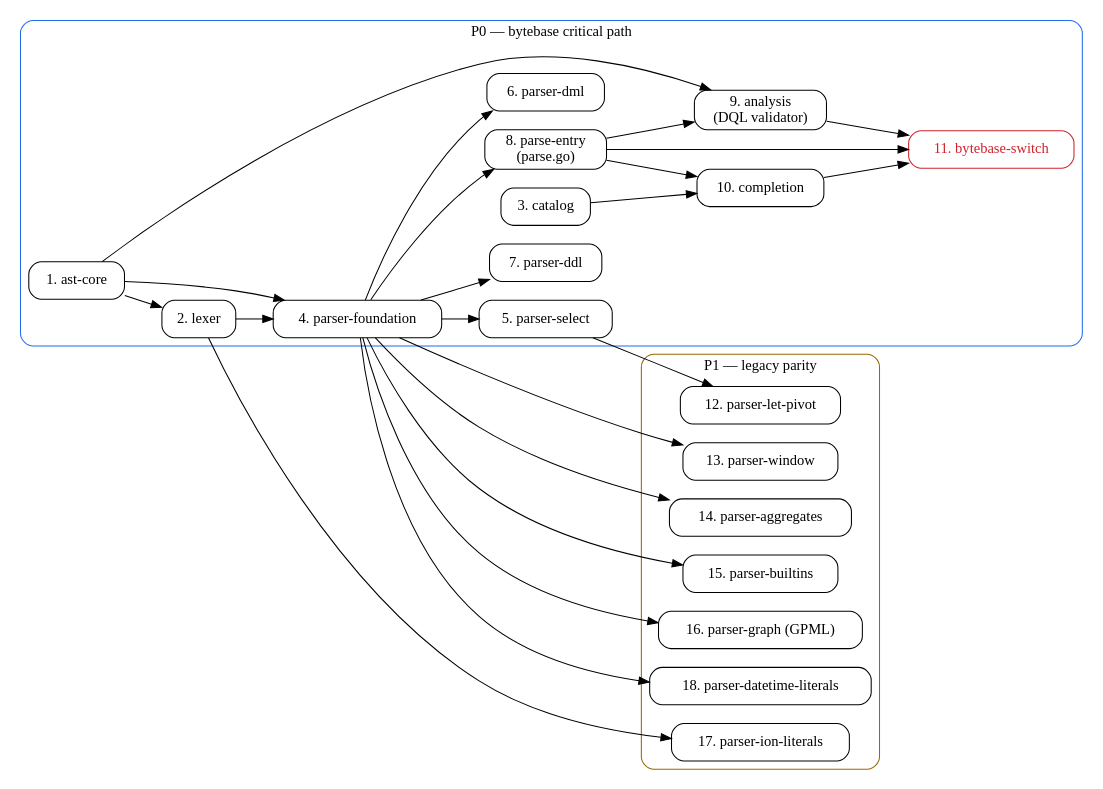
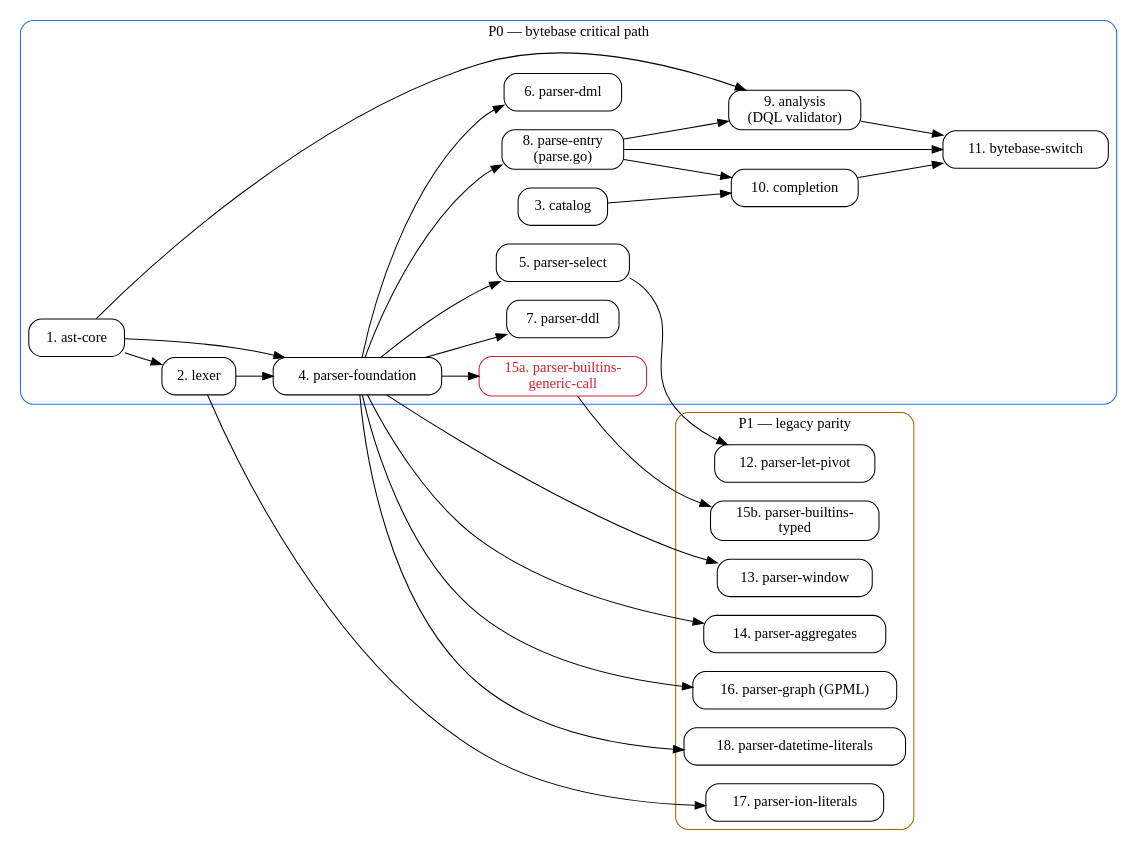
Before and after one commit to bytebase/omni: the diagram in docs/migration/partiql/dag.md, drawn with Graphviz. The commit also changed other lines of this file, not shown here.

````diff
--- a/docs/migration/partiql/dag.md
+++ b/docs/migration/partiql/dag.md
@@ -53,61 +65,64 @@
 ```dot
 digraph partiql_dag {
   rankdir=LR;
   node [shape=box, style=rounded];
 
   // P0
   subgraph cluster_p0 {
     label="P0 — bytebase critical path";
     color="#1f6feb";
     style=rounded;
     ast_core   [label="1. ast-core"];
     lexer      [label="2. lexer"];
     catalog    [label="3. catalog"];
     p_found    [label="4. parser-foundation"];
     p_select   [label="5. parser-select"];
     p_dml      [label="6. parser-dml"];
     p_ddl      [label="7. parser-ddl"];
     parse_entry[label="8. parse-entry\n(parse.go)"];
     analysis   [label="9. analysis\n(DQL validator)"];
     completion [label="10. completion"];
-    bb_switch  [label="11. bytebase-switch", color="#cf222e", fontcolor="#cf222e"];
+    bb_switch  [label="11. bytebase-switch"];
+    p_builtins_call [label="15a. parser-builtins-\ngeneric-call", color="#cf222e", fontcolor="#cf222e"];
   }
 
   // P1
   subgraph cluster_p1 {
     label="P1 — legacy parity";
     color="#9a6700";
     style=rounded;
-    p_letpivot [label="12. parser-let-pivot"];
-    p_window   [label="13. parser-window"];
-    p_aggs     [label="14. parser-aggregates"];
-    p_builtins [label="15. parser-builtins"];
-    p_graph    [label="16. parser-graph (GPML)"];
-    p_ion      [label="17. parser-ion-literals"];
-    p_dt       [label="18. parser-datetime-literals"];
+    p_letpivot     [label="12. parser-let-pivot"];
+    p_window       [label="13. parser-window"];
+    p_aggs         [label="14. parser-aggregates"];
+    p_builtins_typ [label="15b. parser-builtins-\ntyped"];
+    p_graph        [label="16. parser-graph (GPML)"];
+    p_ion          [label="17. parser-ion-literals"];
+    p_dt           [label="18. parser-datetime-literals"];
   }
 
   ast_core    -> lexer;
   ast_core    -> p_found;
   lexer       -> p_found;
   p_found     -> p_select;
   p_found     -> p_dml;
   p_found     -> p_ddl;
   p_found     -> parse_entry;
   ast_core    -> analysis;
   parse_entry -> analysis;
   parse_entry -> completion;
   catalog     -> completion;
   parse_entry -> bb_switch;
   analysis    -> bb_switch;
   completion  -> bb_switch;
 
+  p_found     -> p_builtins_call;
+  p_builtins_call -> p_builtins_typ;
+
   p_select    -> p_letpivot;
   p_found     -> p_window;
   p_found     -> p_aggs;
-  p_found     -> p_builtins;
   p_found     -> p_graph;
   lexer       -> p_ion;
   p_found     -> p_dt;
 }
 ```
````
